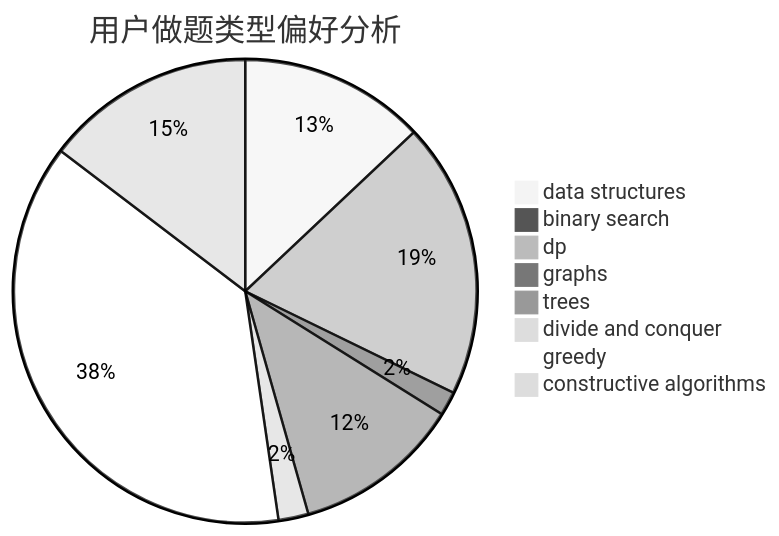
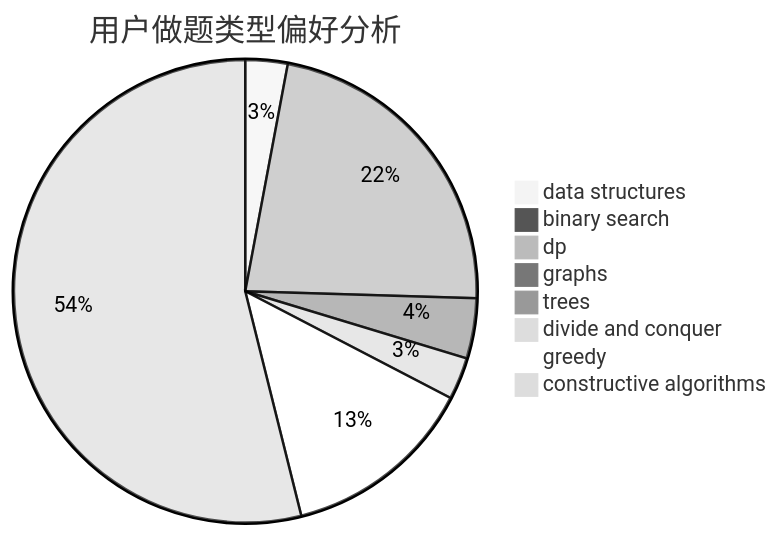
The second of 3 diagrams in docs/user/u2755.md (sherpahu/cfrs.github.io), drawn with Mermaid (neutral theme) before and after one commit. The commit also changed other lines of this file and 2770 other files, not shown here.

````diff
--- a/docs/user/u2755.md
+++ b/docs/user/u2755.md
@@ -23,11 +23,11 @@
 ```mermaid
 pie title 用户做题类型偏好分析
-    "data structures" :  31
-    "binary search" :  0
-    "dp" :  46
-    "graphs" :  4
-    "trees" :  28
-    "divide and conquer" :  5
-    "greedy" :  90
-    "constructive algorithms" :  35
+    "data structures" :  14
+    "binary search" :  1
+    "dp" :  107
+    "graphs" :  1
+    "trees" :  20
+    "divide and conquer" :  14
+    "greedy" :  64
+    "constructive algorithms" :  256
 ```
````
